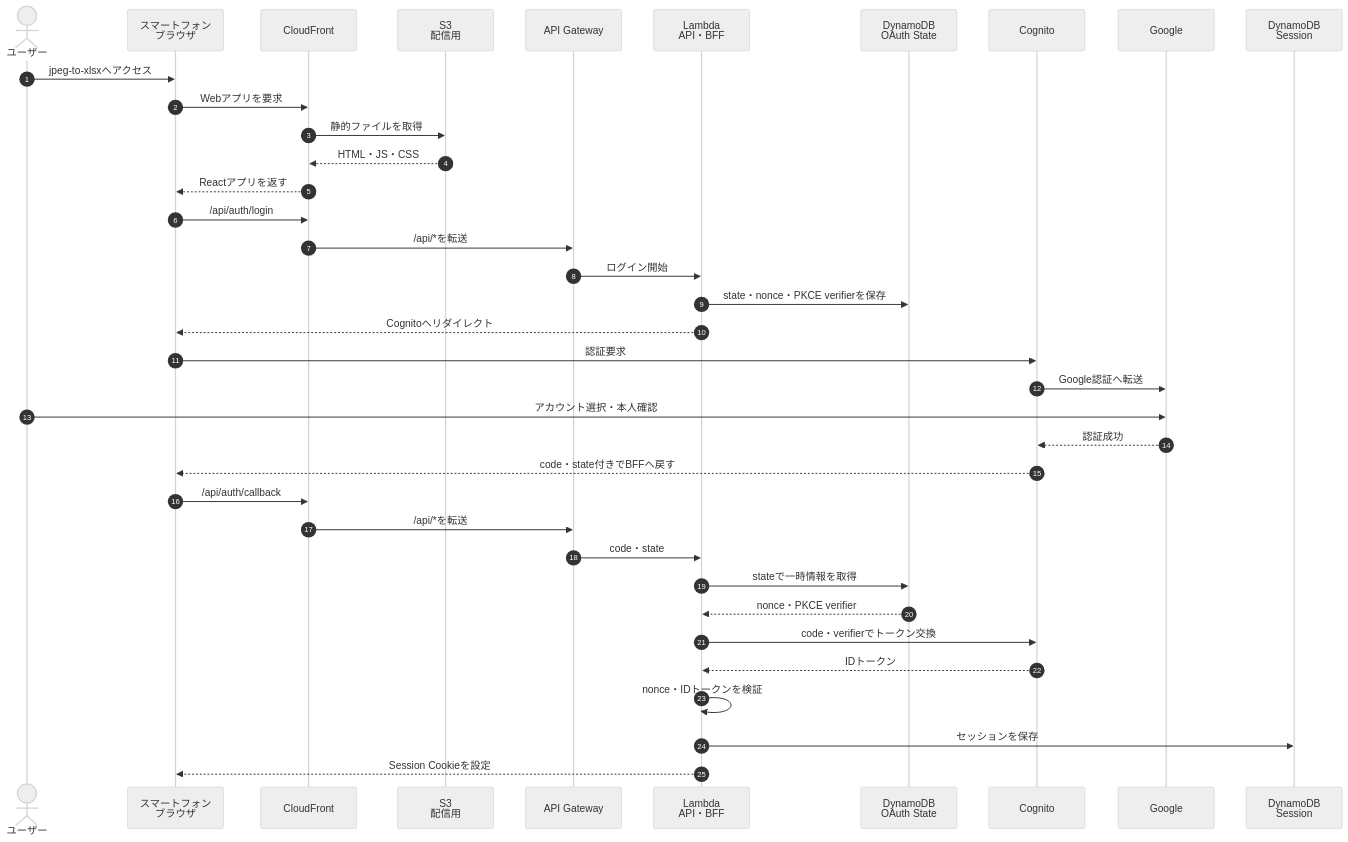
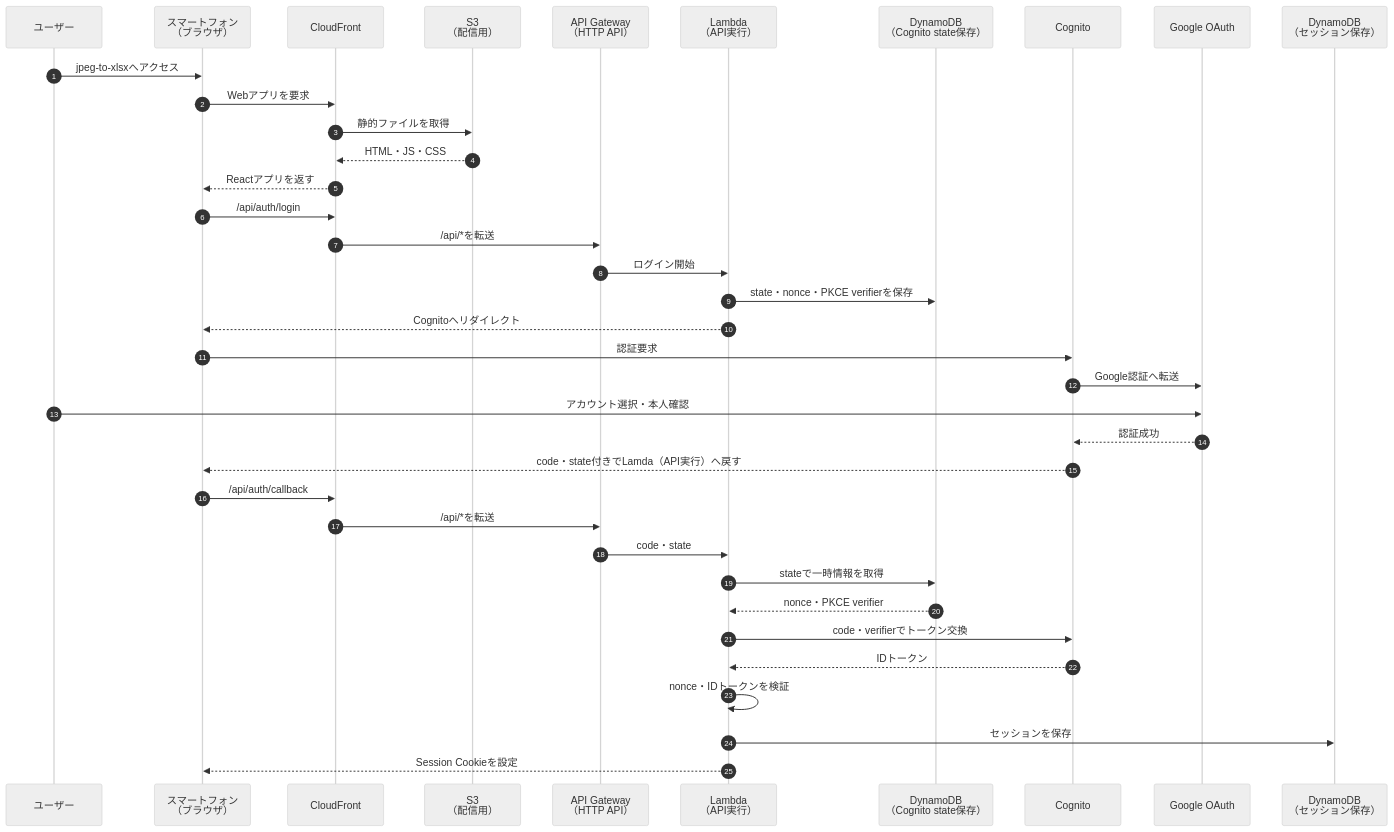
The first of 4 diagrams in README.md (vinylhousegarage/jpeg-to-xlsx), drawn with Mermaid (neutral theme) before and after one commit. The commit also changed other lines of this file, not shown here.

Commit message:
docs(readme): fix formatting and sequence diagrams

````diff
--- a/README.md
+++ b/README.md
@@ -20,43 +20,43 @@
 ```mermaid
 sequenceDiagram
   autonumber
-  actor User as ユーザー
-  participant Browser as スマートフォン<br/>ブラウザ
+  participant User as ユーザー
+  participant Browser as スマートフォン<br/>（ブラウザ）
   participant CloudFront
-  participant S3Web as S3<br/>配信用
-  participant API as API Gateway
-  participant BFF as Lambda<br/>API・BFF
-  participant StateDB as DynamoDB<br/>OAuth State
+  participant S3Web as S3<br/>（配信用）
+  participant API as API Gateway<br/>（HTTP API）
+  participant BFF as Lambda<br/>（API実行）
+  participant StateDB as DynamoDB<br/>（Cognito state保存）
   participant Cognito
-  participant Google
-  participant SessionDB as DynamoDB<br/>Session
+  participant Google as Google OAuth
+  participant SessionDB as DynamoDB<br/>（セッション保存）
 
   User->>Browser: jpeg-to-xlsxへアクセス
   Browser->>CloudFront: Webアプリを要求
   CloudFront->>S3Web: 静的ファイルを取得
   S3Web-->>CloudFront: HTML・JS・CSS
   CloudFront-->>Browser: Reactアプリを返す
 
   Browser->>CloudFront: /api/auth/login
   CloudFront->>API: /api/*を転送
   API->>BFF: ログイン開始
   BFF->>StateDB: state・nonce・PKCE verifierを保存
   BFF-->>Browser: Cognitoへリダイレクト
 
   Browser->>Cognito: 認証要求
   Cognito->>Google: Google認証へ転送
   User->>Google: アカウント選択・本人確認
   Google-->>Cognito: 認証成功
-  Cognito-->>Browser: code・state付きでBFFへ戻す
+  Cognito-->>Browser: code・state付きでLamda（API実行）へ戻す
 
   Browser->>CloudFront: /api/auth/callback
   CloudFront->>API: /api/*を転送
   API->>BFF: code・state
   BFF->>StateDB: stateで一時情報を取得
   StateDB-->>BFF: nonce・PKCE verifier
   BFF->>Cognito: code・verifierでトークン交換
   Cognito-->>BFF: IDトークン
   BFF->>BFF: nonce・IDトークンを検証
   BFF->>SessionDB: セッションを保存
   BFF-->>Browser: Session Cookieを設定
 ```
````
